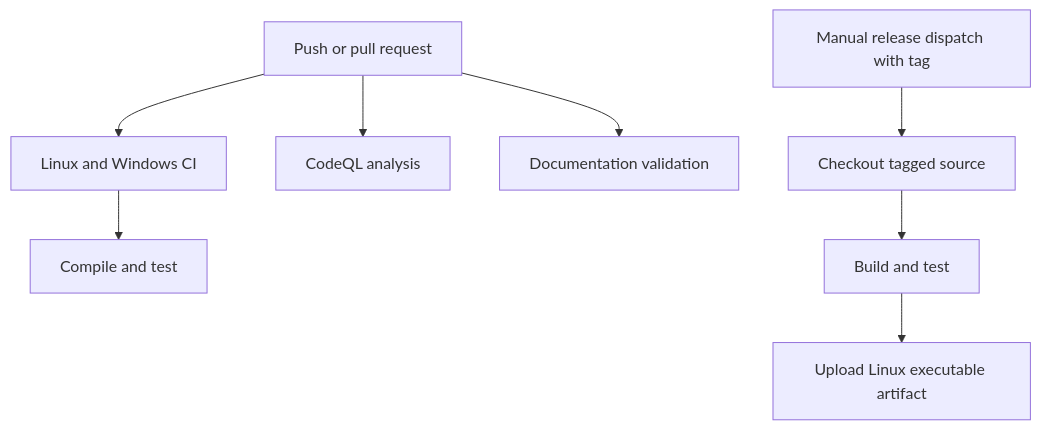
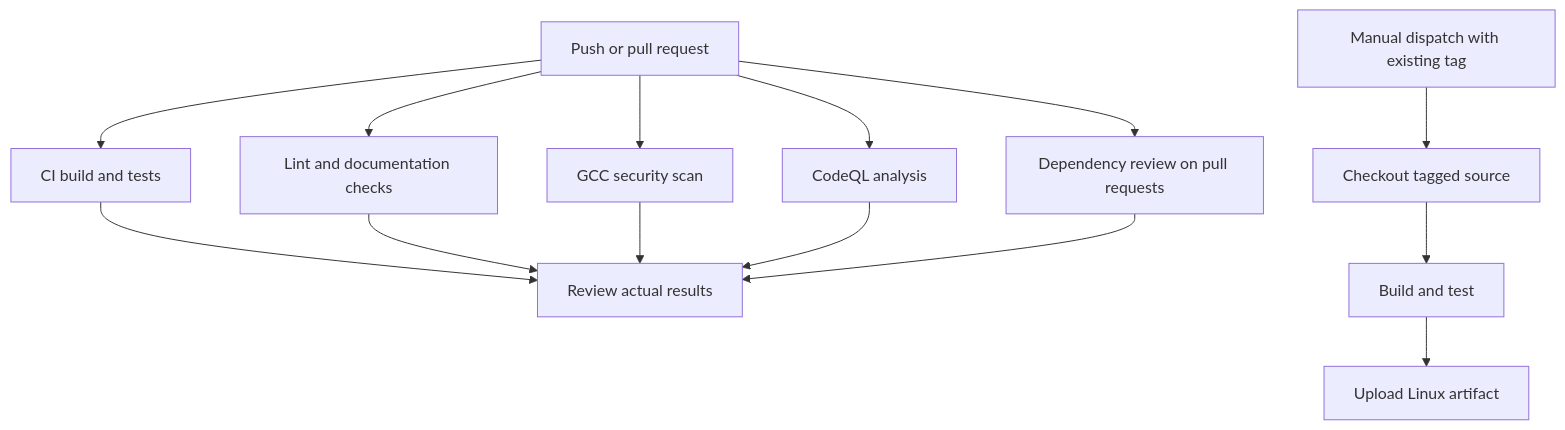
Before and after one commit to Brajesh31/chatbot-C-: the diagram in docs/ci-cd.md, drawn with Mermaid. The commit also changed other lines of this file and 8 other files, not shown here.

Commit message:
ci: add lint dependency review and secure issue reporting

```diff
--- a/docs/ci-cd.md
+++ b/docs/ci-cd.md
@@ -5,10 +5,16 @@
 ~~~mermaid
 flowchart TD
- P[Push or pull request] --> C[Linux and Windows CI]
- C --> T[Compile and test]
+ P[Push or pull request] --> C[CI build and tests]
+ P --> L[Lint and documentation checks]
+ P --> S[GCC security scan]
  P --> Q[CodeQL analysis]
- P --> D[Documentation validation]
- S[Manual release dispatch with tag] --> R[Checkout tagged source]
- R --> B[Build and test]
- B --> A[Upload Linux executable artifact]
+ P --> D[Dependency review on pull requests]
+ C --> R[Review actual results]
+ L --> R
+ S --> R
+ Q --> R
+ D --> R
+ T[Manual dispatch with existing tag] --> B[Checkout tagged source]
+ B --> V[Build and test]
+ V --> A[Upload Linux artifact]
 ~~~
```
